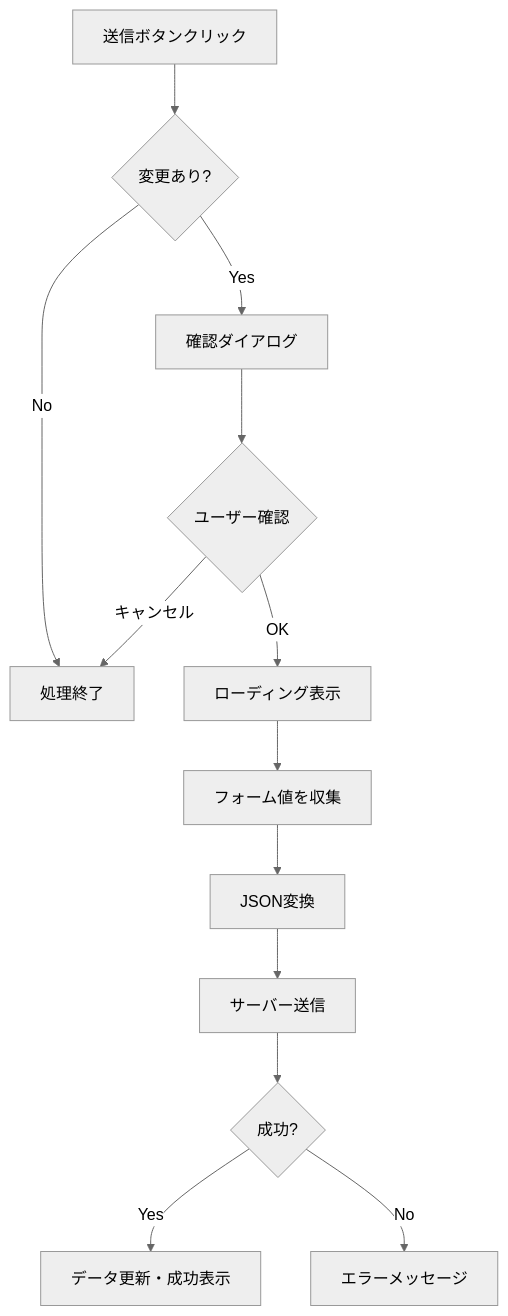
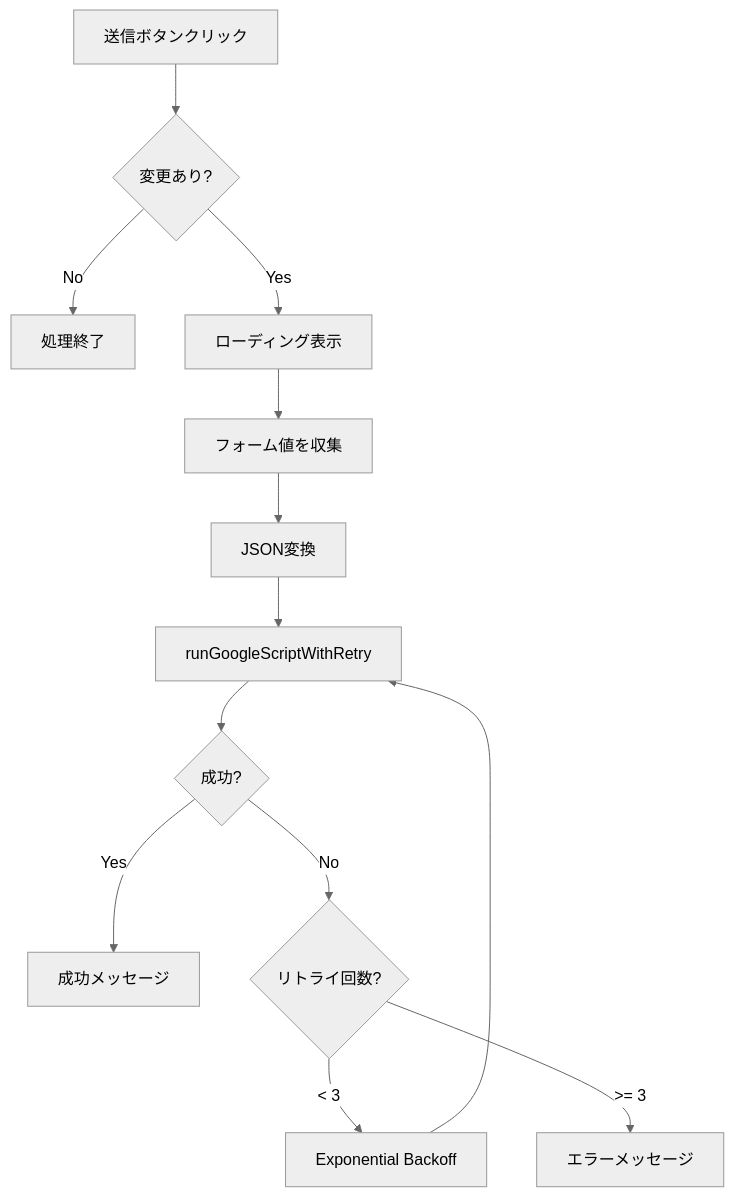
The eighth of 9 diagrams in PROGRAM_SPECIFICATION.md (suzukishigeru4b/juken-survey-public), drawn with Mermaid (neutral theme) before and after one commit. The commit also changed other lines of this file and 6 other files, not shown here.

````diff
--- a/PROGRAM_SPECIFICATION.md
+++ b/PROGRAM_SPECIFICATION.md
@@ -452,15 +478,15 @@
 ```mermaid
 flowchart TD
     A[送信ボタンクリック] --> B{変更あり?}
     B -->|No| C[処理終了]
-    B -->|Yes| D[確認ダイアログ]
-    D --> E{ユーザー確認}
-    E -->|キャンセル| C
-    E -->|OK| F[ローディング表示]
-    F --> G[フォーム値を収集]
-    G --> H[JSON変換]
-    H --> I[サーバー送信]
-    I --> J{成功?}
-    J -->|Yes| K[データ更新・成功表示]
-    J -->|No| L[エラーメッセージ]
+    B -->|Yes| D[ローディング表示]
+    D --> E[フォーム値を収集]
+    E --> F[JSON変換]
+    F --> G[runGoogleScriptWithRetry]
+    G --> H{成功?}
+    H -->|Yes| I[成功メッセージ]
+    H -->|No| J{リトライ回数?}
+    J -->|< 3| K[Exponential Backoff]
+    K --> G
+    J -->|>= 3| L[エラーメッセージ]
 ```
````
